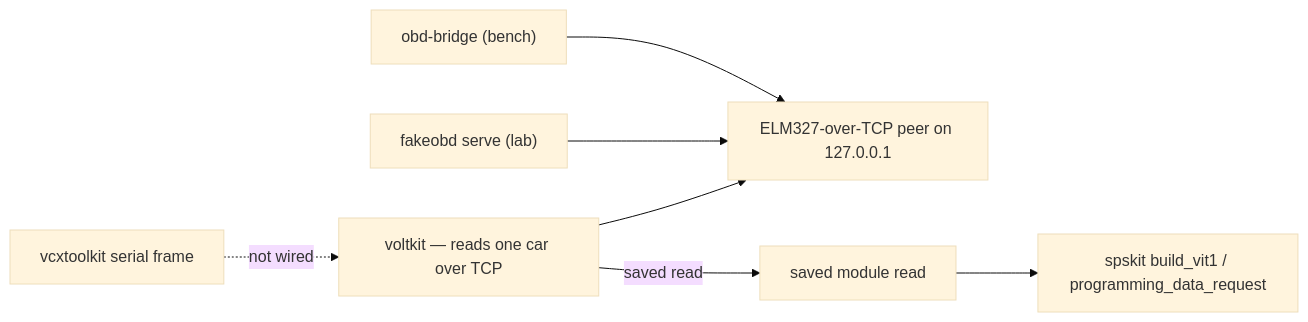
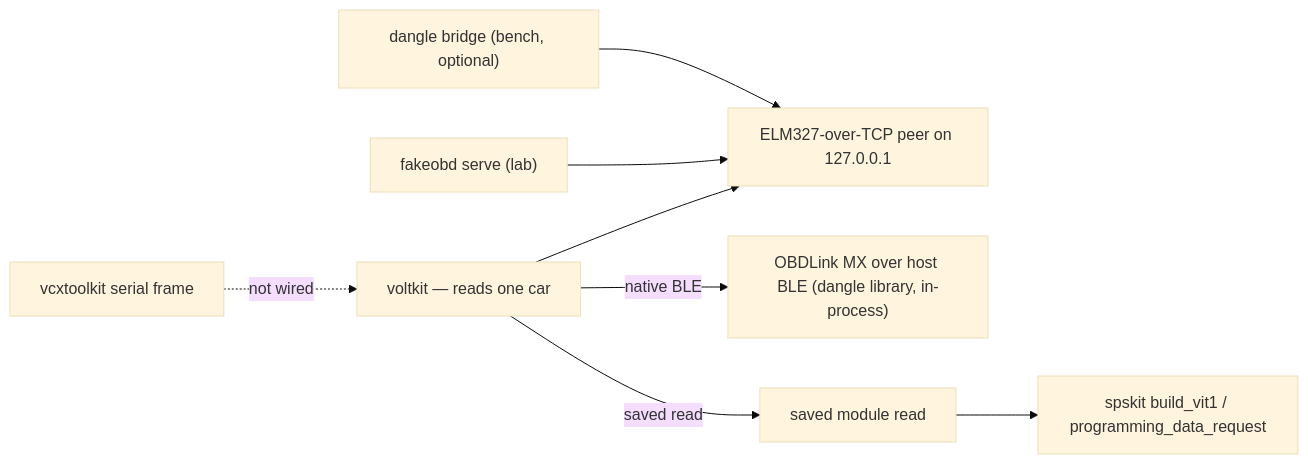
Before and after one commit to b1tninja-labs/voltkit: the diagram in docs/tool-boundary.md, drawn with Mermaid (base theme). The commit also changed other lines of this file and 15 other files, not shown here.

````diff
--- a/docs/tool-boundary.md
+++ b/docs/tool-boundary.md
@@ -49,16 +58,18 @@
 ```mermaid
 flowchart LR
-  volt["voltkit — reads one car over TCP"]
+  volt["voltkit — reads one car"]
   tcp["ELM327-over-TCP peer on 127.0.0.1"]
+  radio["OBDLink MX over host BLE (dangle library, in-process)"]
   fake["fakeobd serve (lab)"]
-  bridge["obd-bridge (bench)"]
+  bridge["dangle bridge (bench, optional)"]
   read["saved module read"]
   sps["spskit build_vit1 / programming_data_request"]
   dongle["vcxtoolkit serial frame"]
   volt --> tcp
+  volt -- "native BLE" --> radio
   fake --> tcp
   bridge --> tcp
   volt -- "saved read" --> read
   read --> sps
   dongle -. "not wired" .-> volt
 ```
````
